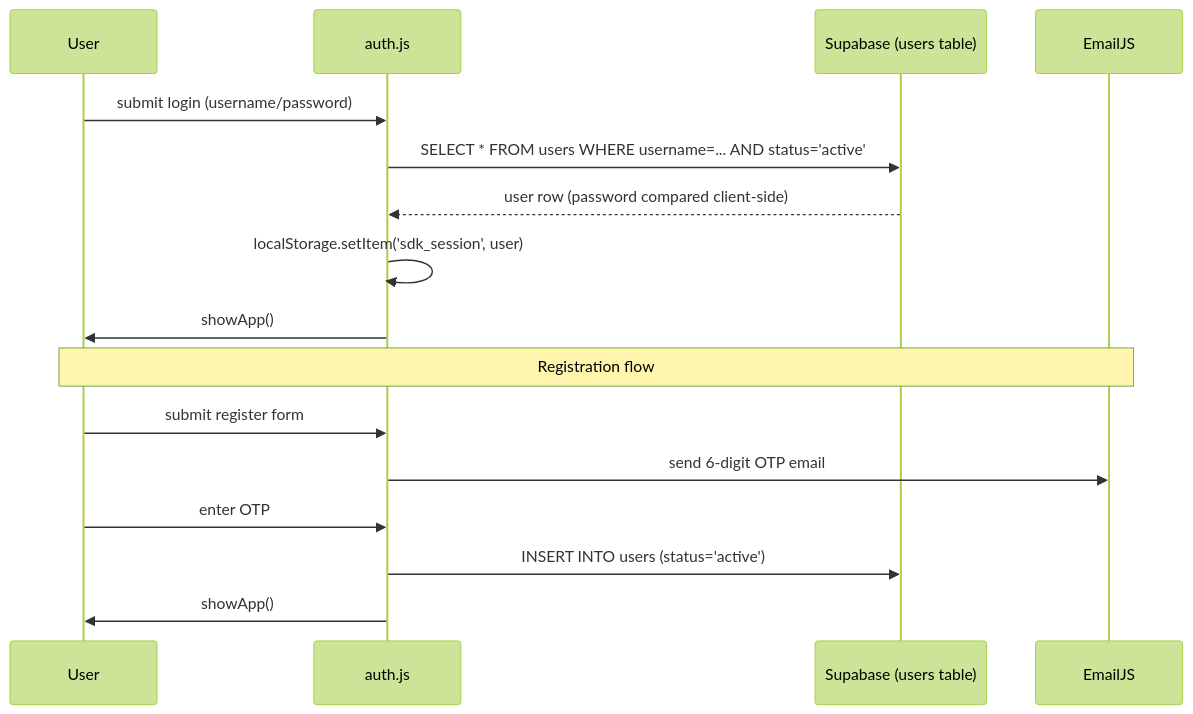
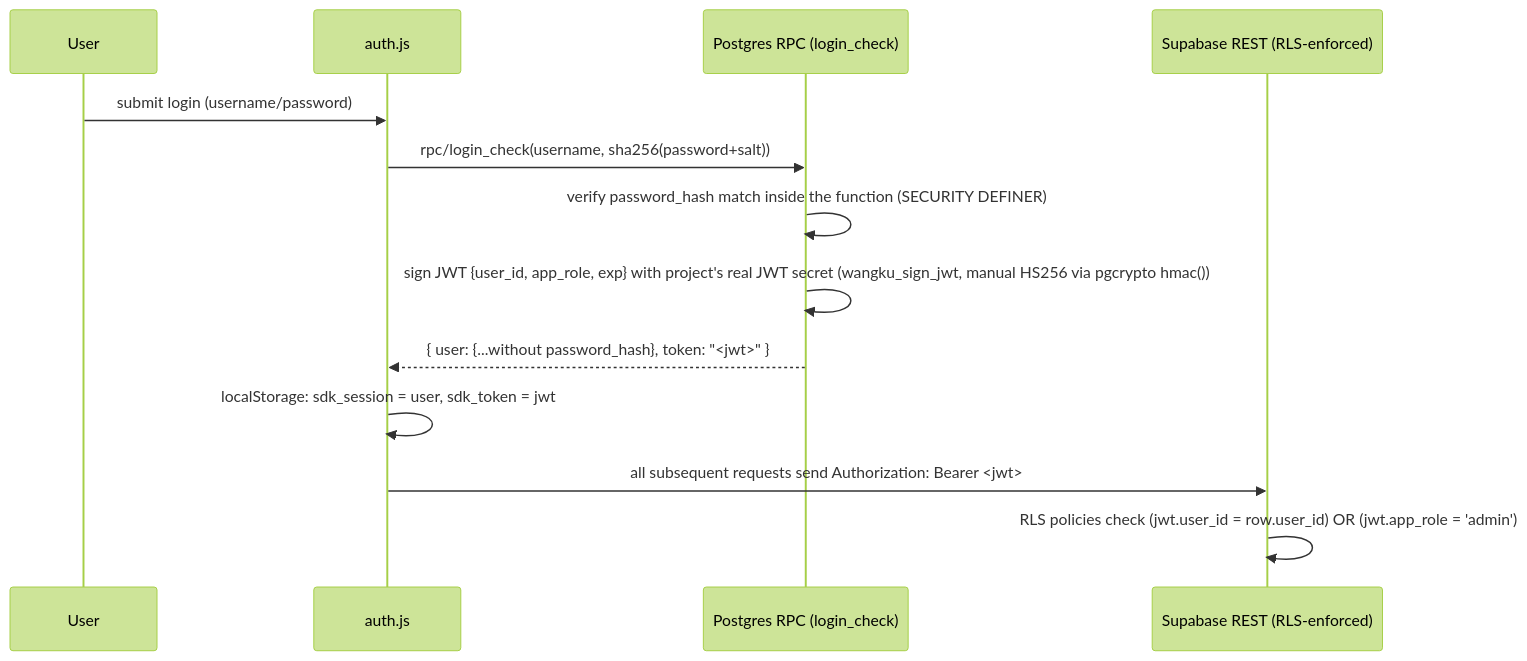
Before and after one commit to fadhillahmaurizky-crypto/ai-finance-app: the second of 3 diagrams in architecture.md, drawn with Mermaid (forest theme). The commit also changed other lines of this file and 10 other files, not shown here.

````diff
--- a/architecture.md
+++ b/architecture.md
@@ -71,20 +73,16 @@
 ```mermaid
 sequenceDiagram
     participant U as User
     participant A as auth.js
-    participant SB as Supabase (users table)
-    participant EJ as EmailJS
+    participant PG as Postgres RPC (login_check)
+    participant SB as Supabase REST (RLS-enforced)
 
     U->>A: submit login (username/password)
-    A->>SB: SELECT * FROM users WHERE username=... AND status='active'
-    SB-->>A: user row (password compared client-side)
-    A->>A: localStorage.setItem('sdk_session', user)
-    A->>U: showApp()
-
-    Note over U,EJ: Registration flow
-    U->>A: submit register form
-    A->>EJ: send 6-digit OTP email
-    U->>A: enter OTP
-    A->>SB: INSERT INTO users (status='active')
-    A->>U: showApp()
+    A->>PG: rpc/login_check(username, sha256(password+salt))
+    PG->>PG: verify password_hash match inside the function (SECURITY DEFINER)
+    PG->>PG: sign JWT {user_id, app_role, exp} with project's real JWT secret (wangku_sign_jwt, manual HS256 via pgcrypto hmac())
+    PG-->>A: { user: {...without password_hash}, token: "<jwt>" }
+    A->>A: localStorage: sdk_session = user, sdk_token = jwt
+    A->>SB: all subsequent requests send Authorization: Bearer <jwt>
+    SB->>SB: RLS policies check (jwt.user_id = row.user_id) OR (jwt.app_role = 'admin')
 ```
````
